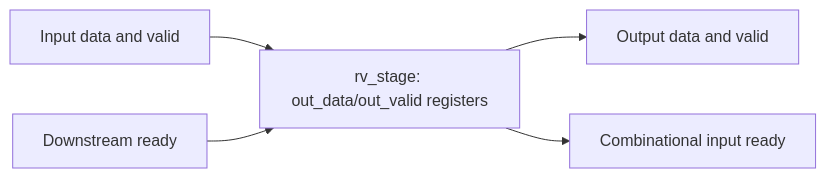
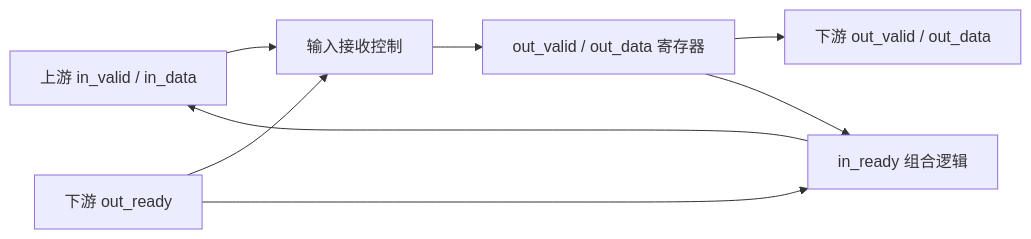
Before and after one commit to Peiki0622/rtl2spec_skill: the diagram in examples/demo_output/ip_spec.md, drawn with Mermaid. The commit also changed other lines of this file and 22 other files, not shown here.

````diff
--- a/examples/demo_output/ip_spec.md
+++ b/examples/demo_output/ip_spec.md
@@ -54,7 +49,10 @@
 ```mermaid
 flowchart LR
-  I[Input data and valid] --> R[rv_stage: out_data/out_valid registers]
-  D[Downstream ready] --> R
-  R --> O[Output data and valid]
-  R --> U[Combinational input ready]
+  A[上游 in_valid / in_data] --> B[输入接收控制]
+  C[下游 out_ready] --> B
+  B --> D[out_valid / out_data 寄存器]
+  D --> E[下游 out_valid / out_data]
+  D --> F[in_ready 组合逻辑]
+  C --> F
+  F --> A
 ```
````
